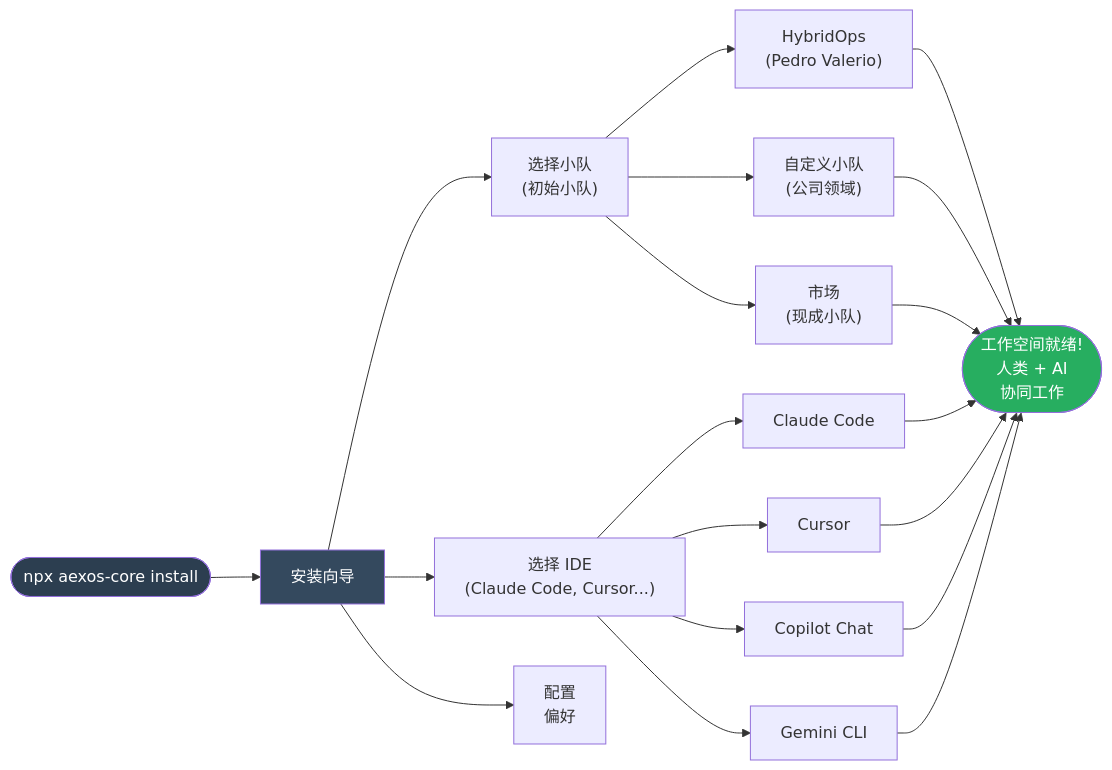
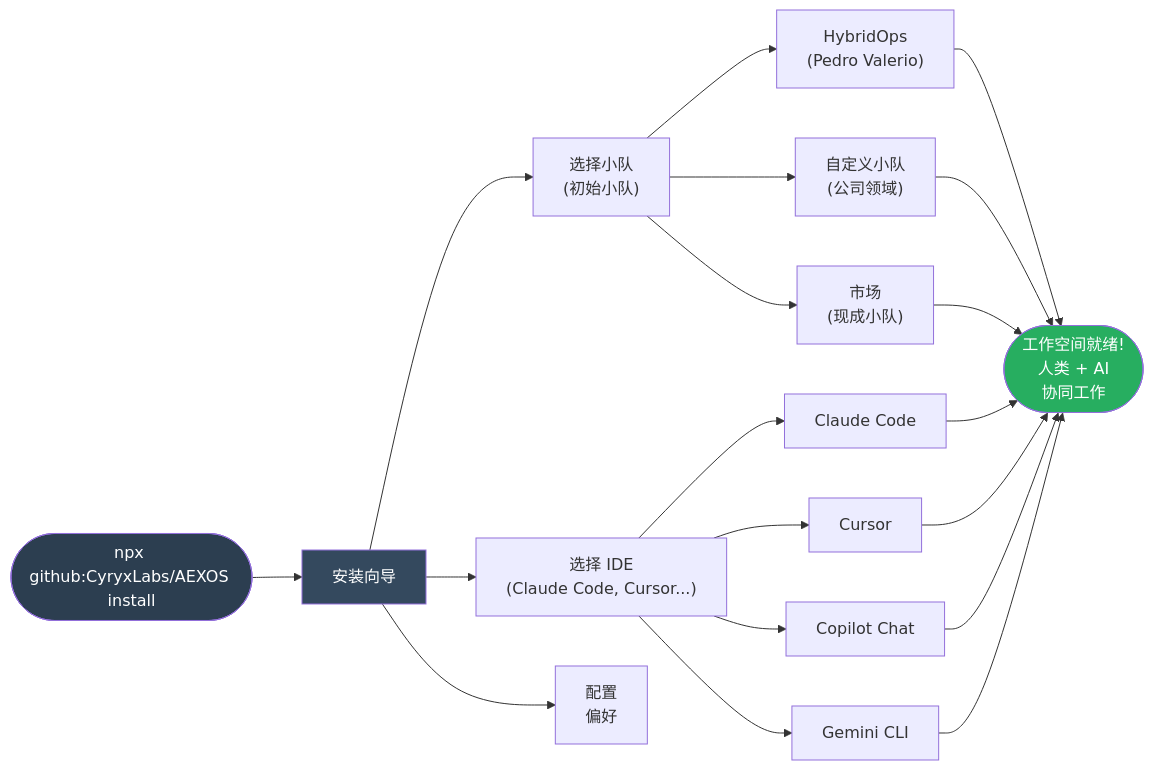
Before and after one commit to CyryxLabs/AEXOS: the ninth of 12 diagrams in docs/zh/architecture/AEXOS-VISUAL-OVERVIEW.md, drawn with Mermaid. The commit also changed 170 other files, not shown here.

````diff
--- a/docs/zh/architecture/AEXOS-VISUAL-OVERVIEW.md
+++ b/docs/zh/architecture/AEXOS-VISUAL-OVERVIEW.md
@@ -389,29 +389,29 @@
 ```mermaid
 flowchart LR
-    INSTALL(["npx aexos-core install"]) --> WIZARD["安装向导"]
+    INSTALL(["npx github:CyryxLabs/AEXOS install"]) --> WIZARD["安装向导"]
 
     WIZARD --> CHOOSE_SQUADS["选择小队<br/>(初始小队)"]
     WIZARD --> CHOOSE_IDE["选择 IDE<br/>(Claude Code, Cursor...)"]
     WIZARD --> CHOOSE_CONFIG["配置<br/>偏好"]
 
     CHOOSE_SQUADS --> SQ_OPS["HybridOps<br/>(Pedro Valerio)"]
     CHOOSE_SQUADS --> SQ_CUSTOM["自定义小队<br/>(公司领域)"]
     CHOOSE_SQUADS --> SQ_MARKET["市场<br/>(现成小队)"]
 
     CHOOSE_IDE --> IDE1["Claude Code"]
     CHOOSE_IDE --> IDE2["Cursor"]
     CHOOSE_IDE --> IDE3["Copilot Chat"]
     CHOOSE_IDE --> IDE4["Gemini CLI"]
 
     SQ_OPS --> READY(["工作空间就绪!<br/>人类 + AI<br/>协同工作"])
     SQ_CUSTOM --> READY
     SQ_MARKET --> READY
     IDE1 --> READY
     IDE2 --> READY
     IDE3 --> READY
     IDE4 --> READY
 
     style INSTALL fill:#2c3e50,color:#fff
     style READY fill:#27ae60,color:#fff
     style WIZARD fill:#34495e,color:#fff
 ```
````
